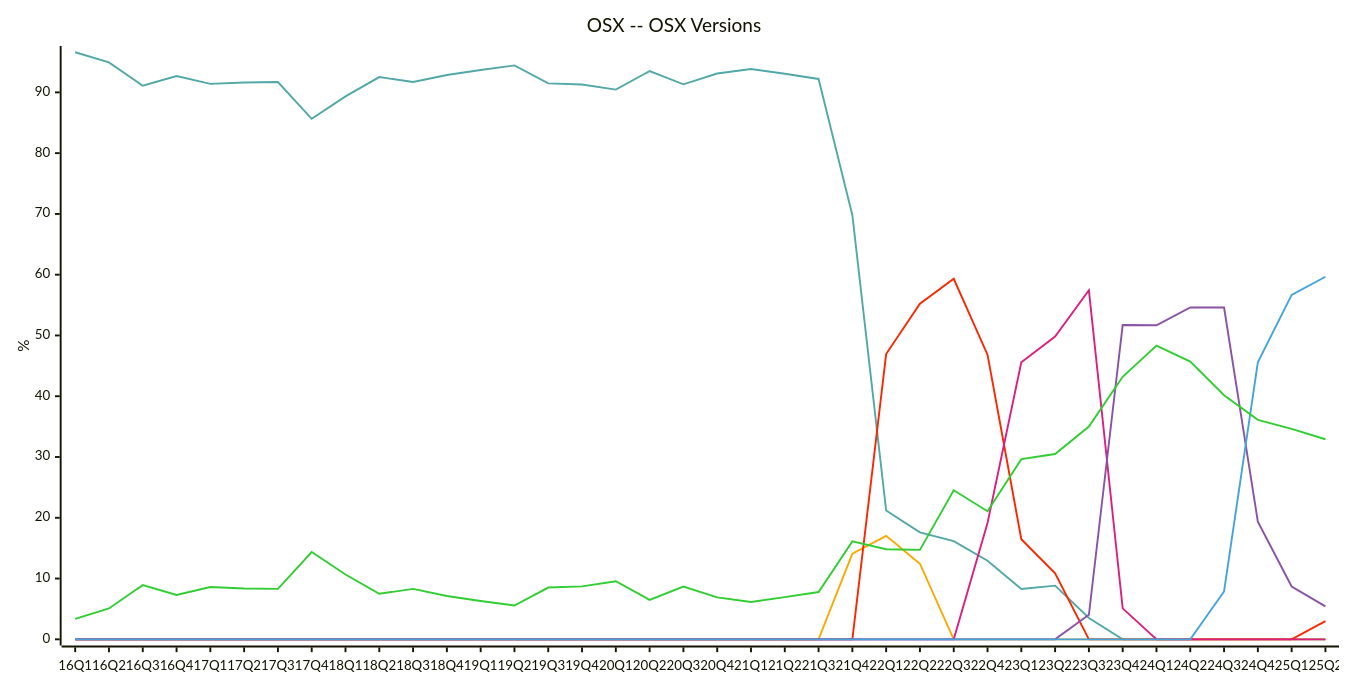
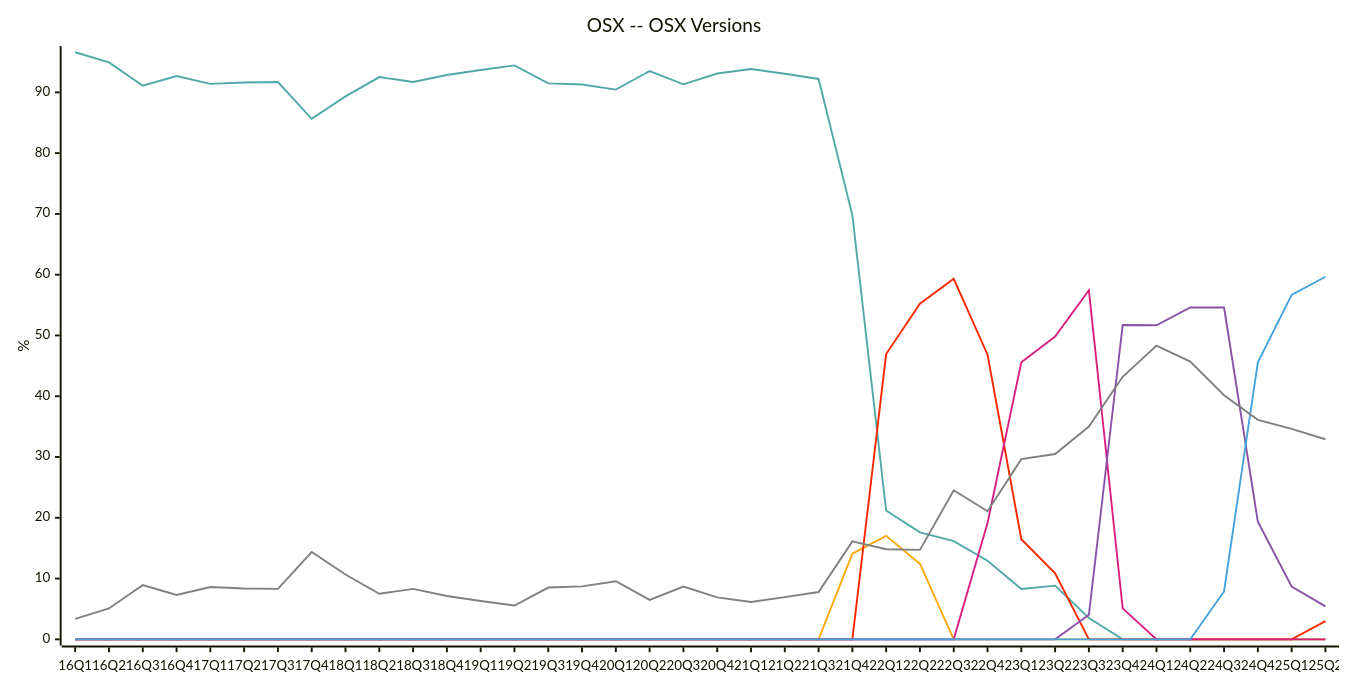
Before and after one commit to jdegene/steamHWsurvey: diagram 12 of 19 in README.md, drawn with Mermaid. The commit also changed 1 other file, not shown here.

Commit message:
added OSX stats

````diff
--- a/README.md
+++ b/README.md
@@ -393,25 +393,25 @@
 ```mermaid
 ---
 config:
     xyChart:
         width: 1400
         height: 700
         
     themeVariables:
         xyChart:
-            plotColorPalette: "#51a8a6,#f9a900,#f92800,#d92080,#8a52a6,#46a2da,#32CD32"
+            plotColorPalette: "#51a8a6,#f9a900,#f92800,#d92080,#8a52a6,#46a2da,#808080"
 
 --- 
 
 xychart-beta
     title "OSX -- OSX Versions"
     x-axis [16Q1, 16Q2, 16Q3, 16Q4, 17Q1, 17Q2, 17Q3, 17Q4, 18Q1, 18Q2, 18Q3, 18Q4, 19Q1, 19Q2, 19Q3, 19Q4, 20Q1, 20Q2, 20Q3, 20Q4, 21Q1, 21Q2, 21Q3, 21Q4, 22Q1, 22Q2, 22Q3, 22Q4, 23Q1, 23Q2, 23Q3, 23Q4, 24Q1, 24Q2, 24Q3, 24Q4, 25Q1, 25Q2]
     y-axis "%" 
     line [96.60666666666667, 94.94000000000001, 91.09, 92.69666666666666, 91.39999999999999, 91.63333333333333, 91.69999999999999, 85.64, 89.34333333333333, 92.51499999999999, 91.70333333333333, 92.86666666666666, 93.67999999999999, 94.44, 91.48333333333333, 91.28666666666666, 90.46, 93.5, 91.325, 93.10000000000001, 93.85666666666667, 93.06, 92.21000000000001, 69.78999999999999, 21.2, 17.6, 16.17, 12.925, 8.28, 8.836666666666666, 3.51, 0, 0, 0, 0, 0, 0, 0]
     line [0, 0, 0, 0, 0, 0, 0, 0, 0, 0, 0, 0, 0, 0, 0, 0, 0, 0, 0, 0, 0, 0, 0, 14.09, 17.03, 12.44, 0, 0, 0, 0, 0, 0, 0, 0, 0, 0, 0, 0]
     line [0, 0, 0, 0, 0, 0, 0, 0, 0, 0, 0, 0, 0, 0, 0, 0, 0, 0, 0, 0, 0, 0, 0, 0, 46.945, 55.24, 59.32000000000001, 46.839999999999996, 16.465000000000003, 10.86, 0, 0, 0, 0, 0, 0, 0, 3.0]
     line [0, 0, 0, 0, 0, 0, 0, 0, 0, 0, 0, 0, 0, 0, 0, 0, 0, 0, 0, 0, 0, 0, 0, 0, 0, 0, 0, 19.145, 45.595, 49.82, 57.43000000000001, 5.09, 0, 0, 0, 0, 0, 0]
     line [0, 0, 0, 0, 0, 0, 0, 0, 0, 0, 0, 0, 0, 0, 0, 0, 0, 0, 0, 0, 0, 0, 0, 0, 0, 0, 0, 0, 0, 0, 4.04, 51.71, 51.68000000000001, 54.62666666666666, 54.59666666666667, 19.37333333333333, 8.683333333333334, 5.413333333333333]
     line [0, 0, 0, 0, 0, 0, 0, 0, 0, 0, 0, 0, 0, 0, 0, 0, 0, 0, 0, 0, 0, 0, 0, 0, 0, 0, 0, 0, 0, 0, 0, 0, 0, 0, 7.869999999999999, 45.58333333333333, 56.68333333333333, 59.66666666666667]
     line [3.38, 5.073333333333333, 8.92, 7.3, 8.61, 8.373333333333333, 8.3, 14.356666666666666, 10.673333333333336, 7.489999999999999, 8.296666666666667, 7.13, 6.3133333333333335, 5.57, 8.52, 8.709999999999999, 9.55, 6.49, 8.68, 6.905, 6.136666666666666, 6.946666666666666, 7.785, 16.12, 14.829999999999998, 14.719999999999999, 24.52, 21.085, 29.65, 30.493333333333332, 35.02, 43.205, 48.32, 45.7, 40.160000000000004, 36.11333333333333, 34.63666666666666, 32.92]
 ``` 
````
